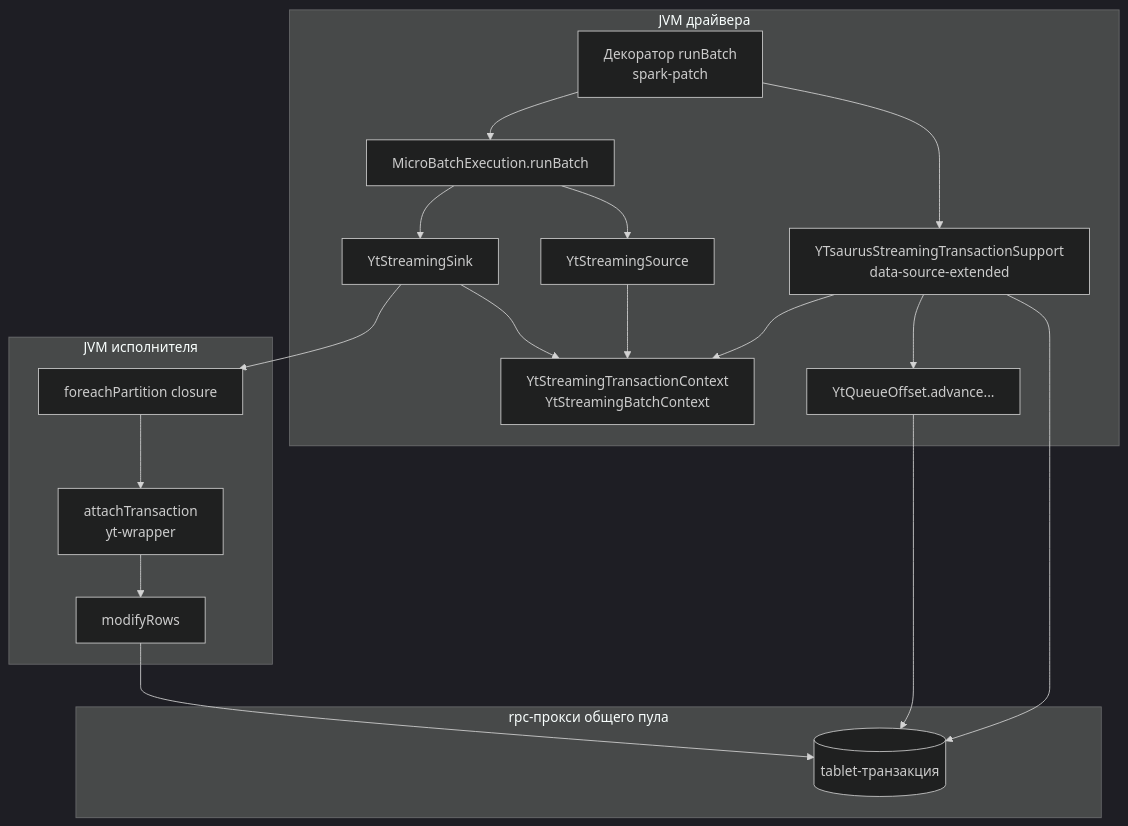
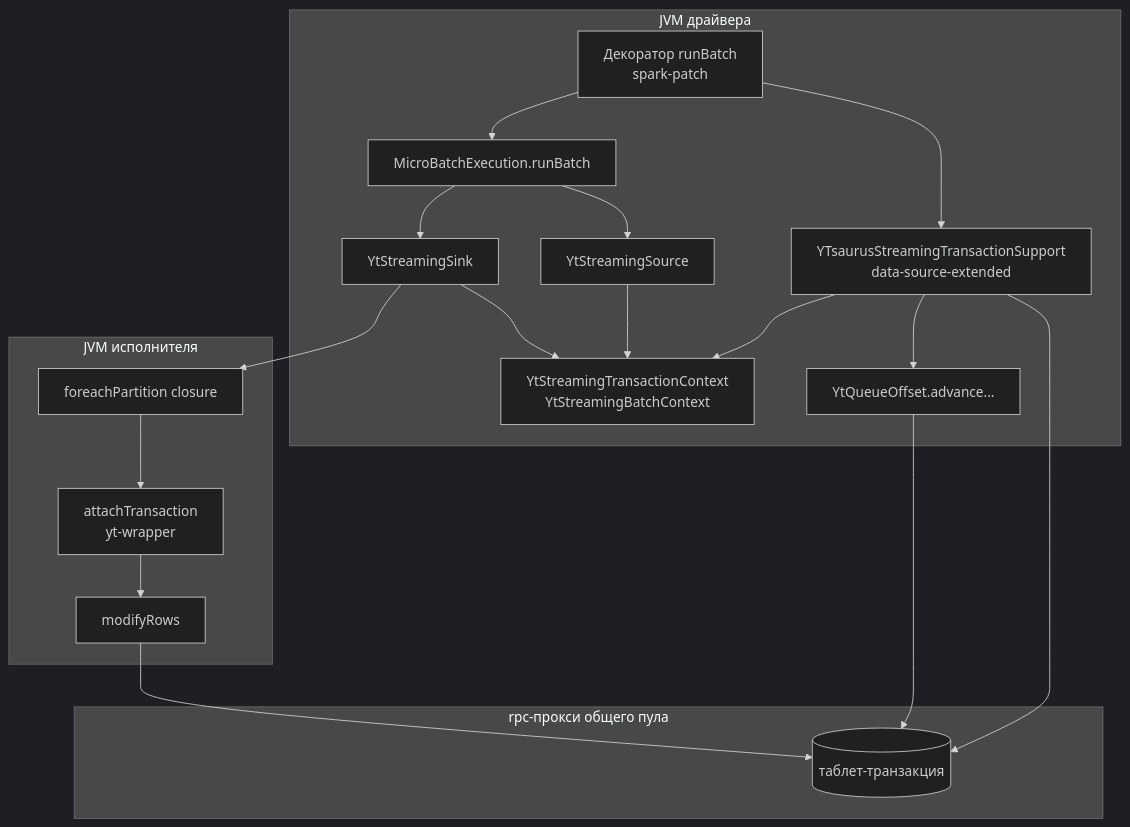
One commit to Intention-man/text-diploma changed the first of 2 diagrams in 03-design.md. Above: the diagram before and after it, drawn with Mermaid (dark theme). The commit also changed other lines of this file and 9 other files, not shown here.

````diff
--- a/03-design.md
+++ b/03-design.md
@@ -167,34 +167,34 @@
 ```mermaid
 flowchart TB
     subgraph Driver[JVM драйвера]
         MBE[MicroBatchExecution.runBatch]
         DEC[Декоратор runBatch<br/>spark-patch]
         SPI[YTsaurusStreamingTransactionSupport<br/>data-source-extended]
         SRC[YtStreamingSource]
         SINK[YtStreamingSink]
         TLC[YtStreamingTransactionContext<br/>YtStreamingBatchContext]
         QUO[YtQueueOffset.advance...]
     end
     subgraph Executor[JVM исполнителя]
         EXR[foreachPartition closure]
         ATT[attachTransaction<br/>yt-wrapper]
         MOD[modifyRows]
     end
     subgraph Proxy[rpc-прокси общего пула]
-        TX[(tablet-транзакция)]
+        TX[(таблет-транзакция)]
     end
     DEC --> MBE
     DEC --> SPI
     SPI --> TLC
     MBE --> SRC
     MBE --> SINK
     SRC --> TLC
     SINK --> TLC
     SINK --> EXR
     SPI --> QUO
     SPI --> TX
     QUO --> TX
     EXR --> ATT
     ATT --> MOD
     MOD --> TX
 ```
````
